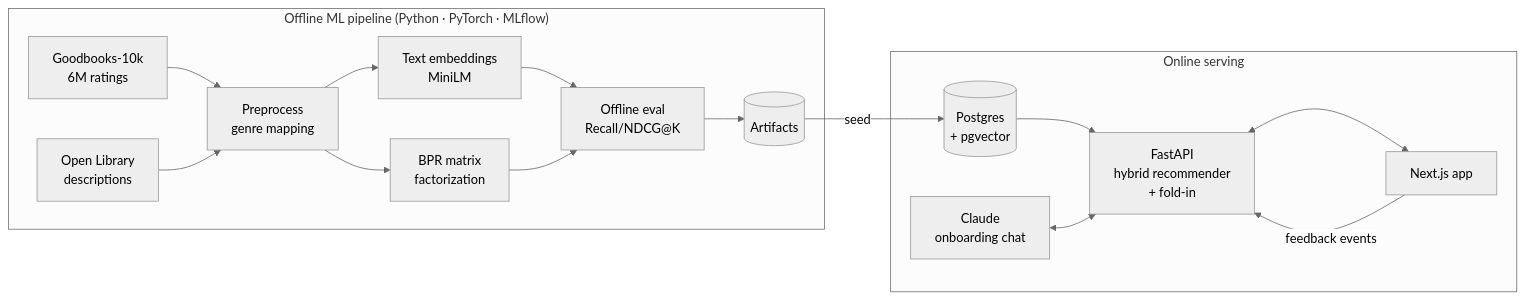
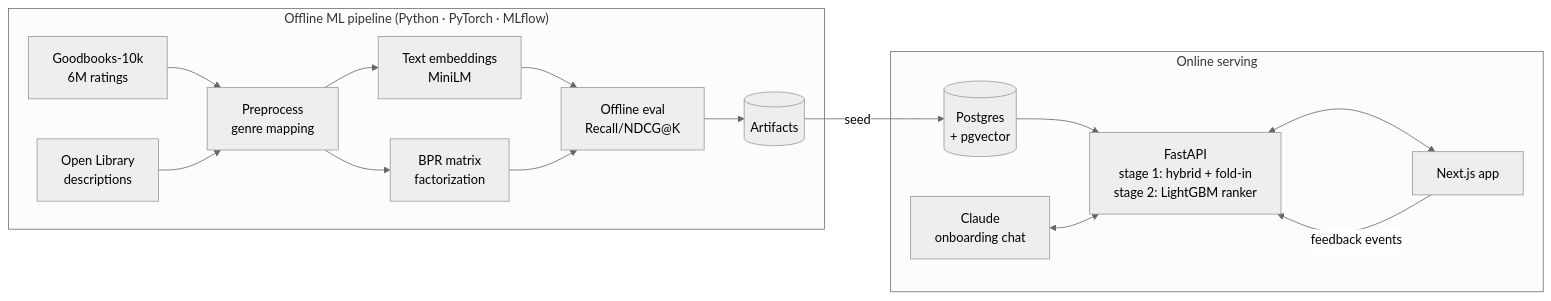
The diagram in README.md (basharfkhan/alexandria), drawn with Mermaid (neutral theme) before and after one commit. The commit also changed other lines of this file and 2 other files, not shown here.

Commit message:
Document the two-stage ranker and its popularity-drift finding

````diff
--- a/README.md
+++ b/README.md
@@ -25,18 +25,18 @@
 ```mermaid
 flowchart LR
     subgraph Offline["Offline ML pipeline (Python · PyTorch · MLflow)"]
         D[Goodbooks-10k<br/>6M ratings] --> P[Preprocess<br/>genre mapping]
         OL[Open Library<br/>descriptions] --> P
         P --> E[Text embeddings<br/>MiniLM]
         P --> B[BPR matrix<br/>factorization]
         E & B --> EV[Offline eval<br/>Recall/NDCG@K]
         EV --> A[(Artifacts)]
     end
     A -- seed --> DB[(Postgres<br/>+ pgvector)]
     subgraph Online["Online serving"]
-        DB --> API[FastAPI<br/>hybrid recommender<br/>+ fold-in]
+        DB --> API[FastAPI<br/>stage 1: hybrid + fold-in<br/>stage 2: LightGBM ranker]
         LLM[Claude<br/>onboarding chat] <--> API
         API <--> WEB[Next.js app]
     end
     WEB -- feedback events --> API
 ```
````
